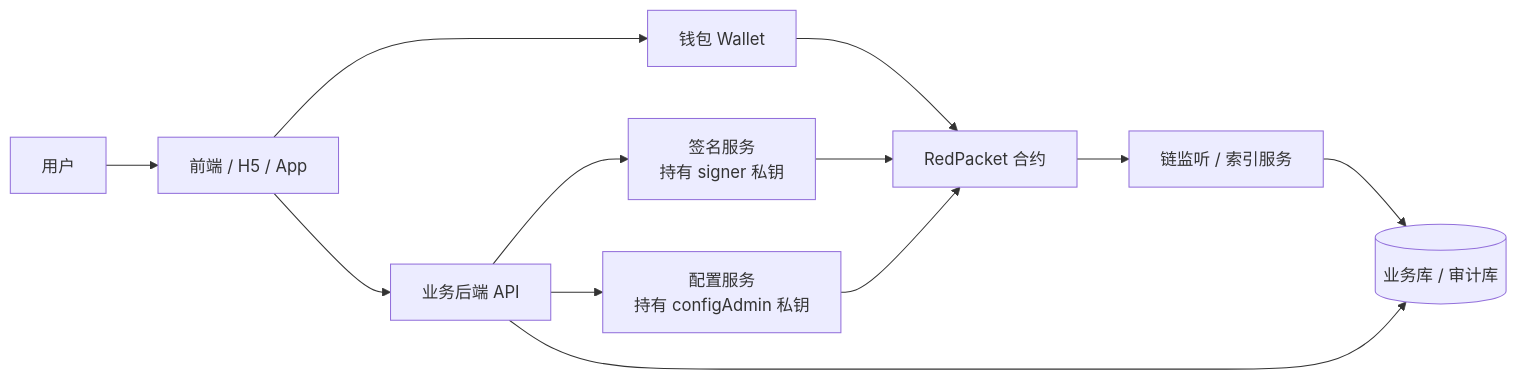
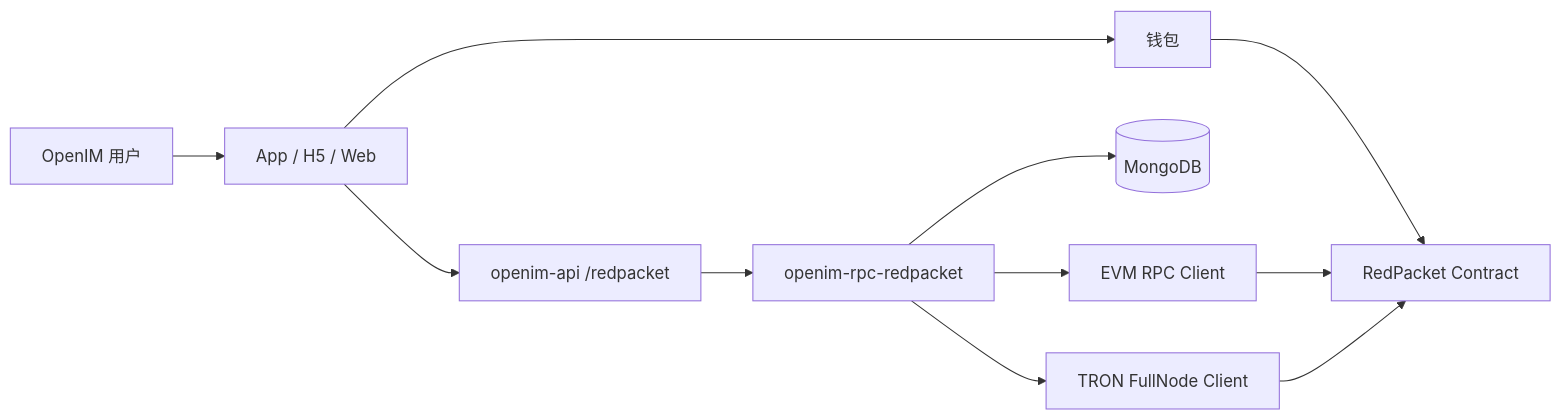
Before and after one commit to openimsdk/open-im-server: the first of 4 diagrams in cmd/openim-rpc/openim-rpc-redpacket/redpacket-web3-integration-design.md, drawn with Mermaid. The commit also changed other lines of this file and 4 other files, not shown here.

````diff
--- a/cmd/openim-rpc/openim-rpc-redpacket/redpacket-web3-integration-design.md
+++ b/cmd/openim-rpc/openim-rpc-redpacket/redpacket-web3-integration-design.md
@@ -60,17 +54,13 @@
 ```mermaid
 flowchart LR
-    U[用户] --> FE[前端 / H5 / App]
-    FE --> W[钱包 Wallet]
-    FE --> BE[业务后端 API]
-
-    BE --> AuthSvc[签名服务\n持有 signer 私钥]
-    BE --> AdminSvc[配置服务\n持有 configAdmin 私钥]
-    BE --> DB[(业务库 / 审计库)]
-
-    W --> RP[RedPacket 合约]
-    AuthSvc --> RP
-    AdminSvc --> RP
-
-    RP --> Indexer[链监听 / 索引服务]
-    Indexer --> DB
+    User[OpenIM 用户] --> App[App / H5 / Web]
+    App --> Wallet[钱包]
+    App --> API[openim-api /redpacket]
+    API --> RPC[openim-rpc-redpacket]
+    RPC --> DB[(MongoDB)]
+    RPC --> EVM[EVM RPC Client]
+    RPC --> TRON[TRON FullNode Client]
+    Wallet --> Contract[RedPacket Contract]
+    EVM --> Contract
+    TRON --> Contract
 ```
````
